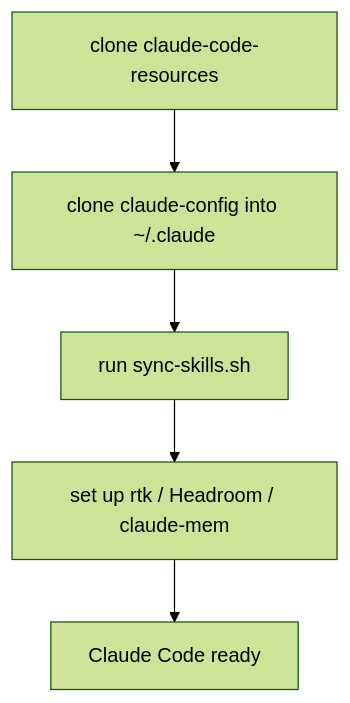
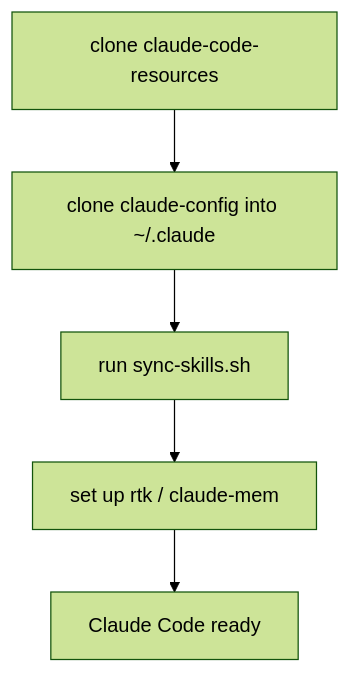
One commit to carlosboeing/agentic-toolkit changed the diagram in guides/guide-new-machine-setup.md. Above: the diagram before and after it, drawn with Mermaid (forest theme). The commit also changed other lines of this file and 2 other files, not shown here.

First line of the commit message:
docs(headroom): record removal decision and retire setup guide

````diff
--- a/guides/guide-new-machine-setup.md
+++ b/guides/guide-new-machine-setup.md
@@ -15,7 +15,7 @@
 ```mermaid
 flowchart TD
     A["clone claude-code-resources"] --> B["clone claude-config into ~/.claude"]
     B --> C["run sync-skills.sh"]
-    C --> D["set up rtk / Headroom / claude-mem"]
+    C --> D["set up rtk / claude-mem"]
     D --> E["Claude Code ready"]
 ```
````
